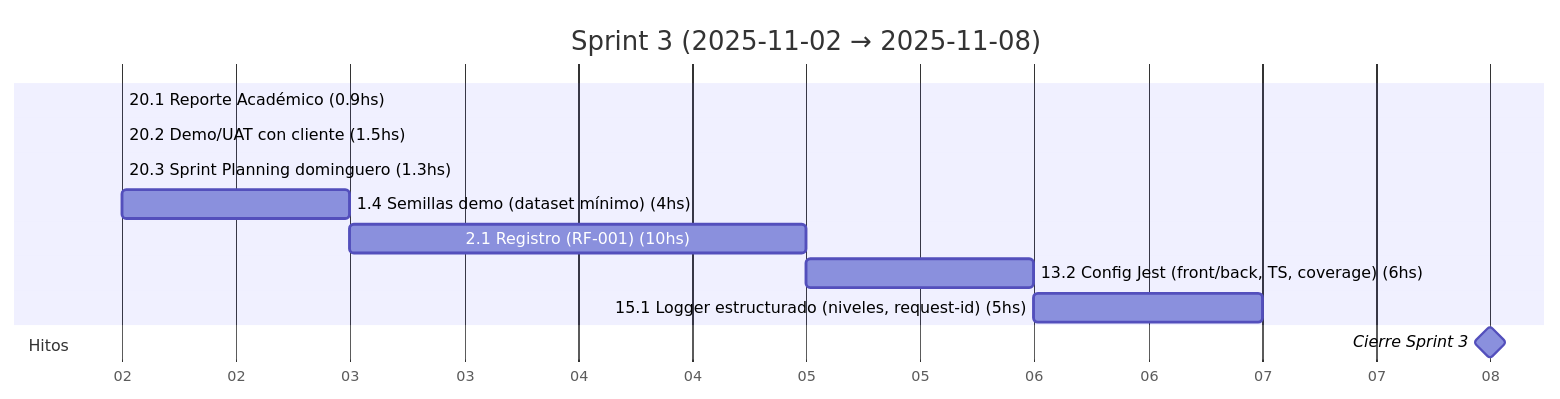
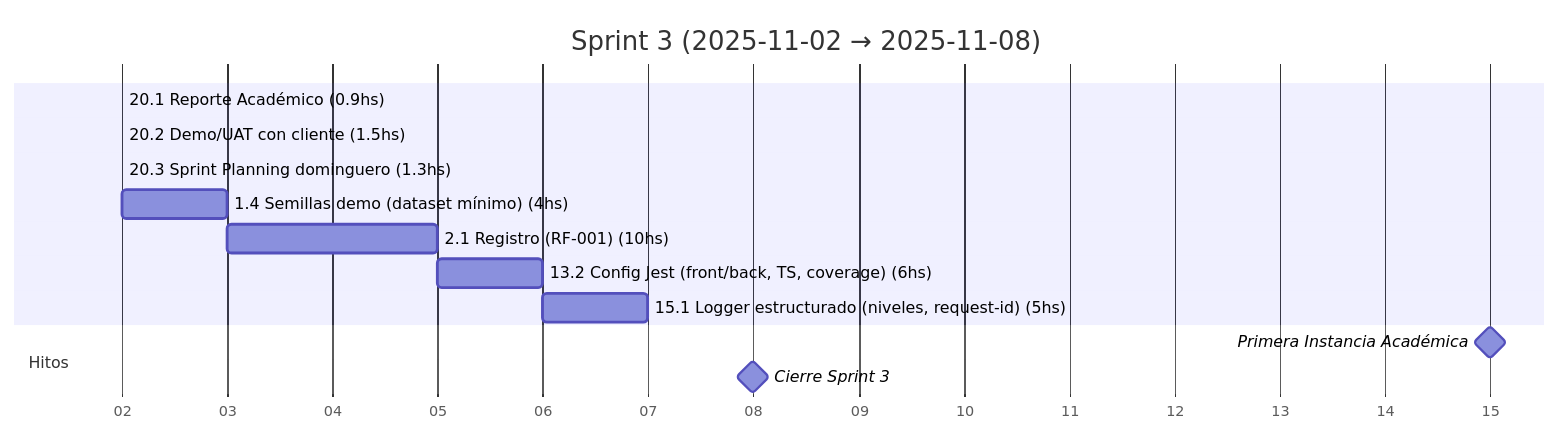
One commit to MarkMed/FleetMan changed the fourth of 18 diagrams in docs/SprintsGantts.md. Above: the diagram before and after it, drawn with Mermaid. The commit also changed other lines of this file, not shown here.

Commit message:
Add academic milestones and event schedule to Gantt chart documentation

````diff
--- a/docs/SprintsGantts.md
+++ b/docs/SprintsGantts.md
@@ -105,19 +105,20 @@
 ```mermaid
 gantt
   title Sprint 3 (2025-11-02 → 2025-11-08)
   dateFormat  YYYY-MM-DD
   axisFormat  %d
 
   %% Asumimos 5 h/día. Horas estimadas incluidas en el nombre.
 
   20.1 Reporte Académico (0.9hs)               :t201, 2025-11-02, 0.2d
   20.2 Demo/UAT con cliente (1.5hs)            :t202, after t201, 0.3d
   20.3 Sprint Planning dominguero (1.3hs)      :t203, after t202, 0.3d
   1.4 Semillas demo (dataset mínimo) (4hs)     :t14, after t203, 0.8d
   2.1 Registro (RF-001) (10hs)                 :t21, after t14, 2d
   13.2 Config Jest (front/back, TS, coverage) (6hs) :t132, after t21, 1.2d
   15.1 Logger estructurado (niveles, request-id) (5hs) :t151, after t132, 1d
 
   section Hitos
+  Primera Instancia Académica                   :milestone, acad1, 2025-11-15, 0d
   Cierre Sprint 3                              :milestone, s3, 2025-11-08, 0d
 ```
````
